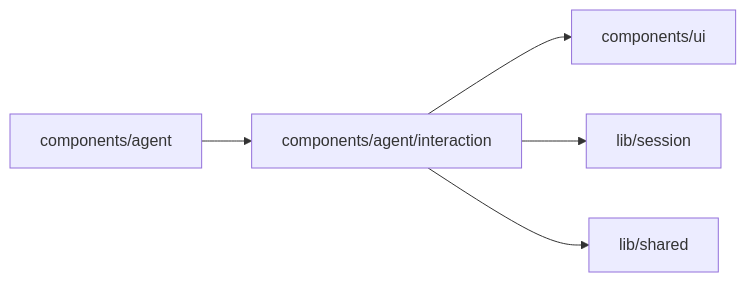
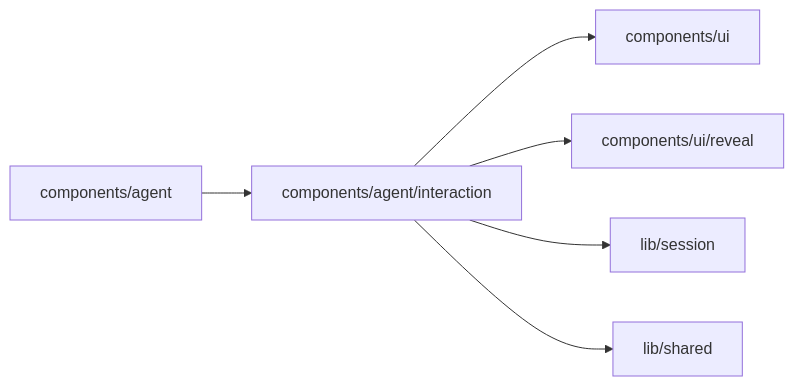
One commit to superdurable/superverse changed the diagram in web/studio/components/agent/interaction/README.md. Above: the diagram before and after it, drawn with Mermaid. The commit also changed other lines of this file and 278 other files, not shown here.

````diff
--- a/web/studio/components/agent/interaction/README.md
+++ b/web/studio/components/agent/interaction/README.md
@@ -10,8 +10,9 @@
 ```mermaid
 flowchart LR
   self["components/agent/interaction"]
   c0["components/agent"] --> self
   self --> d0["components/ui"]
-  self --> d1["lib/session"]
-  self --> d2["lib/shared"]
+  self --> d1["components/ui/reveal"]
+  self --> d2["lib/session"]
+  self --> d3["lib/shared"]
 ```
````
